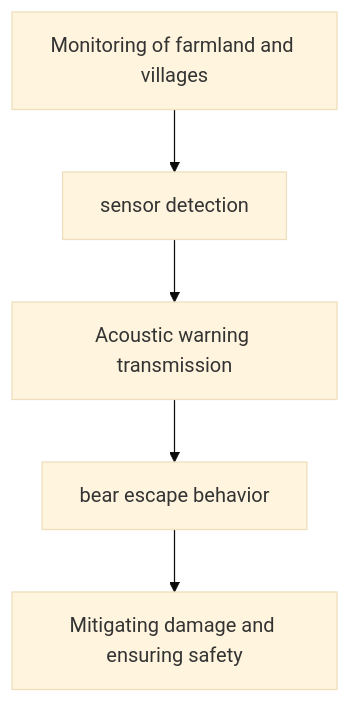
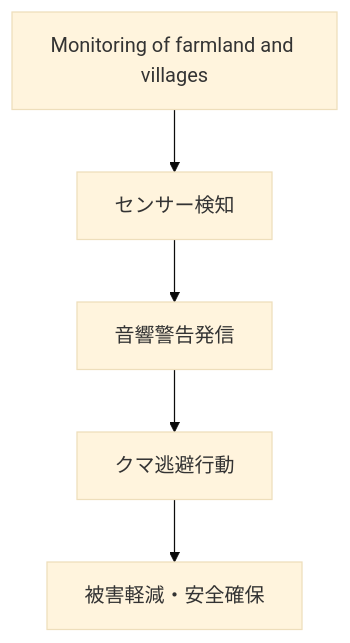
The fourth of 4 diagrams in en/_posts/2025-10-26-column-bear-sound.md (monumental-movement/monumental-movement.github.io), drawn with Mermaid (base theme) before and after one commit. The commit also changed other lines of this file and 2196 other files, not shown here.

```diff
--- a/en/_posts/2025-10-26-column-bear-sound.md
+++ b/en/_posts/2025-10-26-column-bear-sound.md
@@ -200,9 +200,9 @@
 <div class="mermaid">
 
 flowchart TD
-A[Monitoring of farmland and villages] --> B[sensor detection]
-B --> C[Acoustic warning transmission]
-C --> D[bear escape behavior]
-D --> E[Mitigating damage and ensuring safety]
+A[Monitoring of farmland and villages] --> B[センサー検知]
+B --> C[音響警告発信]
+C --> D[クマ逃避行動]
+D --> E[被害軽減・安全確保]
 
 </div>
```
